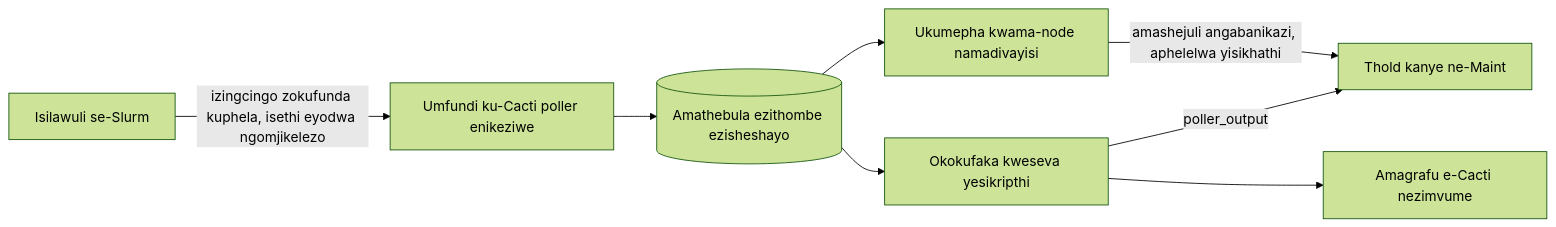
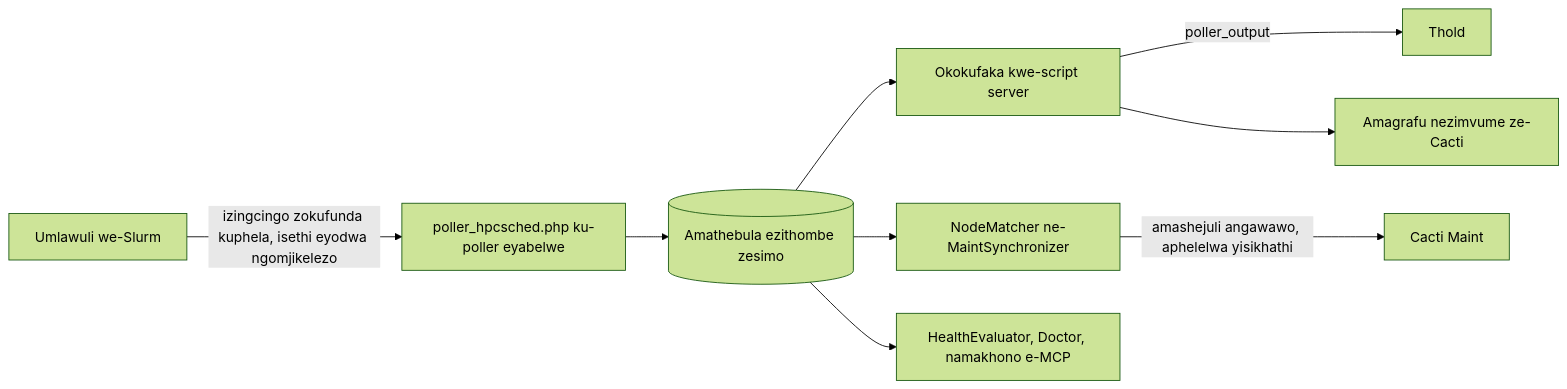
One commit to somethingwithproof/plugin_hpcsched changed the diagram in docs/i18n/zu-ZA/README.md. Above: the diagram before and after it, drawn with Mermaid (forest theme). The commit also changed other lines of this file and 48 other files, not shown here.

````diff
--- a/docs/i18n/zu-ZA/README.md
+++ b/docs/i18n/zu-ZA/README.md
@@ -109,10 +163,11 @@
 ```mermaid
 flowchart LR
-    S[Isilawuli se-Slurm] -->|izingcingo zokufunda kuphela, isethi eyodwa ngomjikelezo| R[Umfundi ku-Cacti poller enikeziwe]
-    R --> SNAP[(Amathebula ezithombe ezisheshayo)]
-    SNAP --> SS[Okokufaka kweseva yesikripthi]
-    SS -->|poller_output| T[Thold kanye ne-Maint]
-    SS --> G[Amagrafu e-Cacti nezimvume]
-    SNAP --> MAP[Ukumepha kwama-node namadivayisi]
-    MAP -->|amashejuli angabanikazi, aphelelwa yisikhathi| T
+    S[Umlawuli we-Slurm] -->|izingcingo zokufunda kuphela, isethi eyodwa ngomjikelezo| R[poller_hpcsched.php ku-poller eyabelwe]
+    R --> SNAP[(Amathebula ezithombe zesimo)]
+    SNAP --> SS[Okokufaka kwe-script server]
+    SS -->|poller_output| T[Thold]
+    SS --> G[Amagrafu nezimvume ze-Cacti]
+    SNAP --> MAP[NodeMatcher ne-MaintSynchronizer]
+    MAP -->|amashejuli angawawo, aphelelwa yisikhathi| M[Cacti Maint]
+    SNAP --> H[HealthEvaluator, Doctor, namakhono e-MCP]
 ```
````
